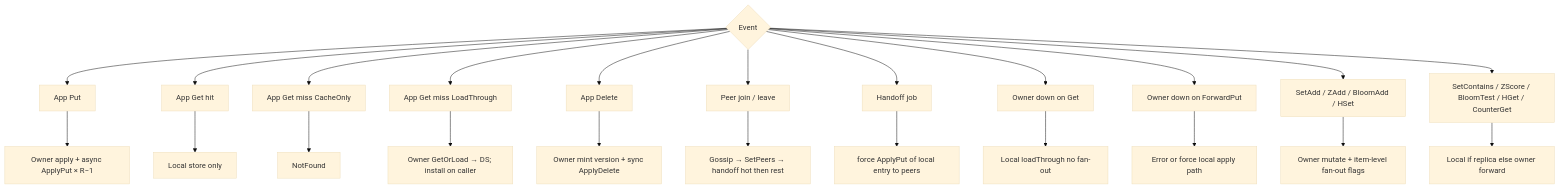
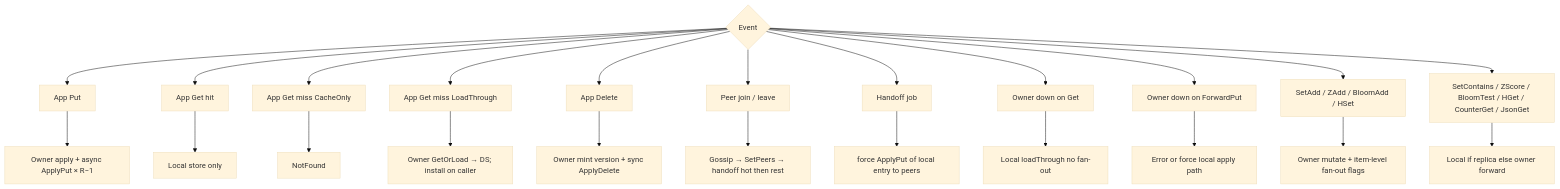
One commit to Code0987/supercache changed diagram 18 of 18 in docs/CLUSTER_FLOWS.md. Above: the diagram before and after it, drawn with Mermaid (base theme). The commit also changed other lines of this file and 39 other files, not shown here.

First line of the commit message:
Add ModeJSON named documents with path set/get/del.

````diff
--- a/docs/CLUSTER_FLOWS.md
+++ b/docs/CLUSTER_FLOWS.md
@@ -399,26 +400,26 @@
 ```mermaid
 flowchart TD
   E{"Event"} --> E1["App Put"]
   E --> E2["App Get hit"]
   E --> E3["App Get miss CacheOnly"]
   E --> E4["App Get miss LoadThrough"]
   E --> E5["App Delete"]
   E --> E6["Peer join / leave"]
   E --> E7["Handoff job"]
   E --> E8["Owner down on Get"]
   E --> E9["Owner down on ForwardPut"]
   E --> E10["SetAdd / ZAdd / BloomAdd / HSet"]
-  E --> E11["SetContains / ZScore / BloomTest / HGet / CounterGet"]
+  E --> E11["SetContains / ZScore / BloomTest / HGet / CounterGet / JsonGet"]
 
   E1 --> A1["Owner apply + async ApplyPut × R−1"]
   E2 --> A2["Local store only"]
   E3 --> A3["NotFound"]
   E4 --> A4["Owner GetOrLoad → DS; install on caller"]
   E5 --> A5["Owner mint version + sync ApplyDelete"]
   E6 --> A6["Gossip → SetPeers → handoff hot then rest"]
   E7 --> A7["force ApplyPut of local entry to peers"]
   E8 --> A8["Local loadThrough no fan-out"]
   E9 --> A9["Error or force local apply path"]
   E10 --> A10["Owner mutate + item-level fan-out flags"]
   E11 --> A11["Local if replica else owner forward"]
 ```
````
